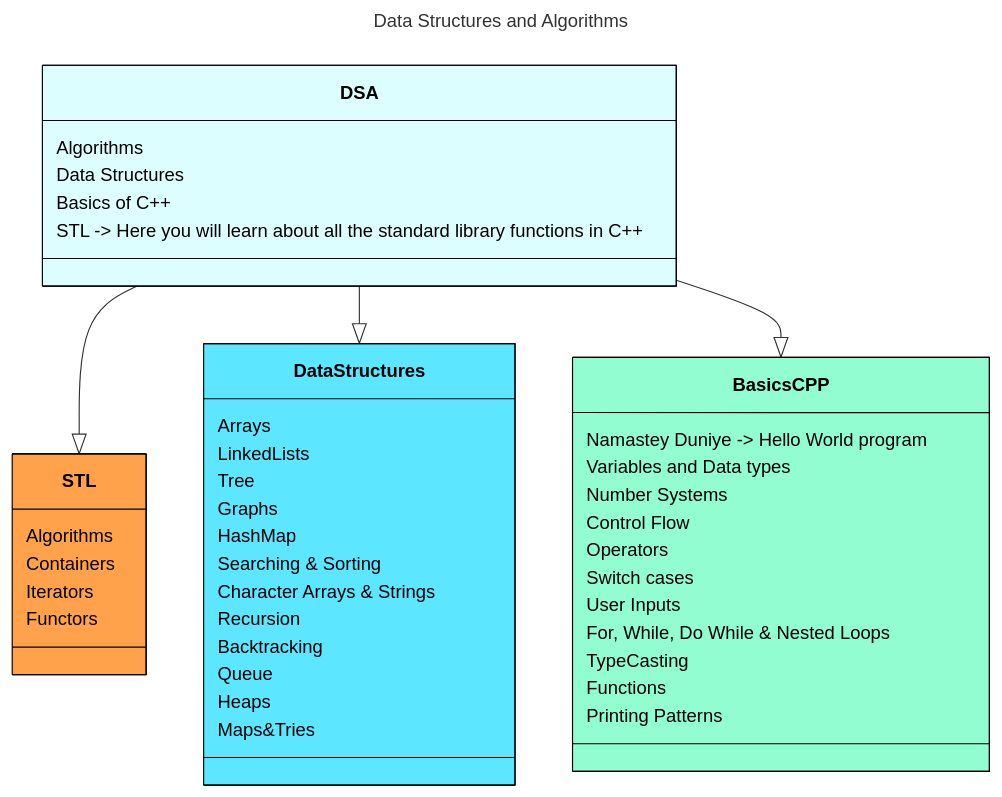
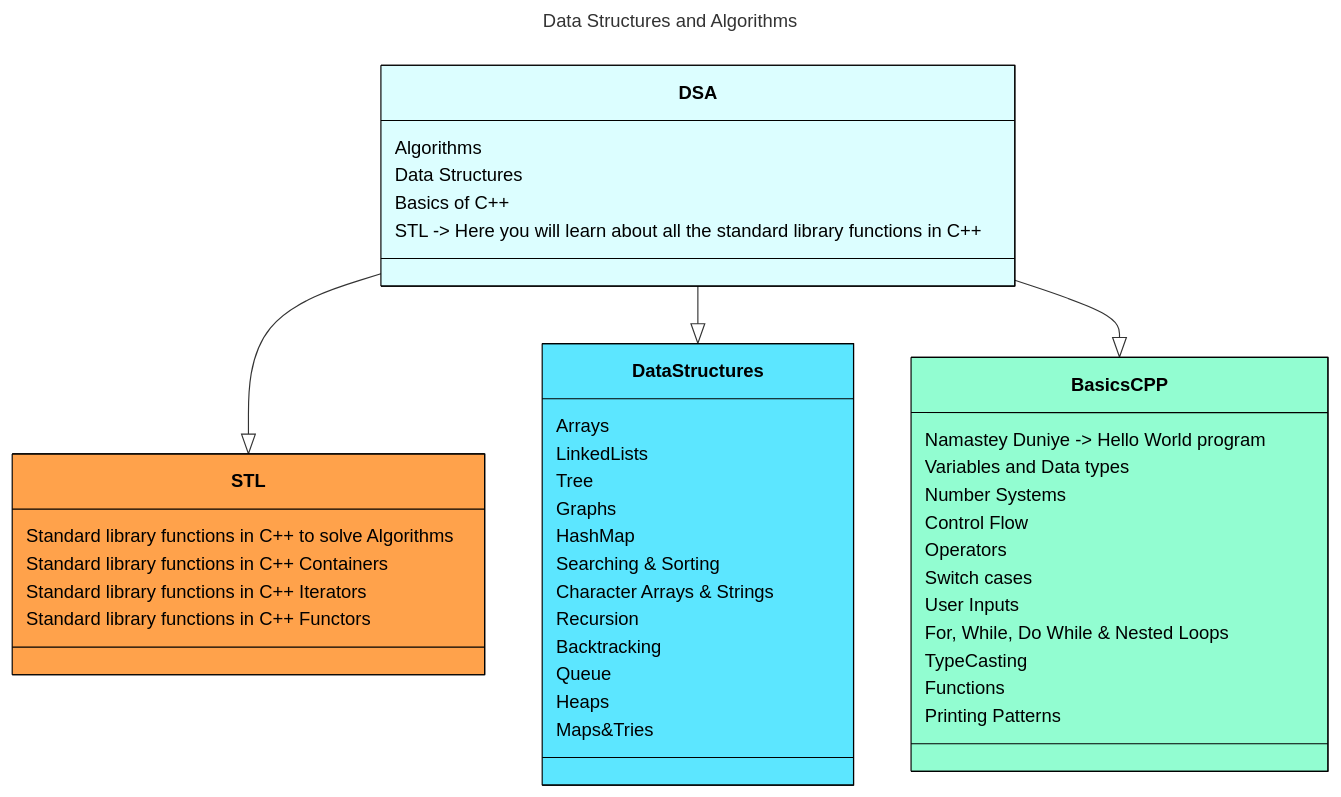
Before and after one commit to gouravghosh24/DsaAlgo: the diagram in README.md, drawn with Mermaid.

````diff
--- a/README.md
+++ b/README.md
@@ -10,60 +10,60 @@
 ```mermaid
 ---
 title: Data Structures and Algorithms
 ---
 classDiagram
     DSA --|> STL
     DSA --|> DataStructures
     DSA --|> BasicsCPP
 
     style DSA fill:#dcfeff,stroke:#000,color:#000
     style BasicsCPP fill:#92fdd1,stroke:#000,color:#000
     style STL fill:#ffa24b,stroke:#000,color:#000
     style DataStructures fill:#5ce6ff,stroke:#000,color:#000
 
     
     DSA : Algorithms
     DSA : Data Structures
     DSA : Basics of C++
     DSA : STL -> Here you will learn about all the standard library functions in C++
     
     
 
     BasicsCPP : Namastey Duniye -> Hello World program
     BasicsCPP : Variables and Data types
     BasicsCPP : Number Systems
     BasicsCPP : Control Flow
     BasicsCPP : Operators
     BasicsCPP : Switch cases
     BasicsCPP : User Inputs
     BasicsCPP : For, While, Do While & Nested Loops
     BasicsCPP : TypeCasting
     BasicsCPP : Functions
     BasicsCPP : Printing Patterns
     
     
     
     DataStructures : Arrays
     DataStructures : LinkedLists
     DataStructures : Tree
     DataStructures : Graphs
     DataStructures : HashMap
     DataStructures : Searching & Sorting
     DataStructures : Character Arrays & Strings
     DataStructures : Recursion
     DataStructures : Backtracking
     DataStructures : Queue
     DataStructures : Heaps
     DataStructures : Maps&Tries
 
-    STL : Algorithms
-    STL : Containers
-    STL : Iterators
-    STL : Functors
+    STL : Standard library functions in C++ to solve Algorithms
+    STL : Standard library functions in C++ Containers
+    STL : Standard library functions in C++ Iterators
+    STL : Standard library functions in C++ Functors
 
 
     
 
 
 
 ```
````
